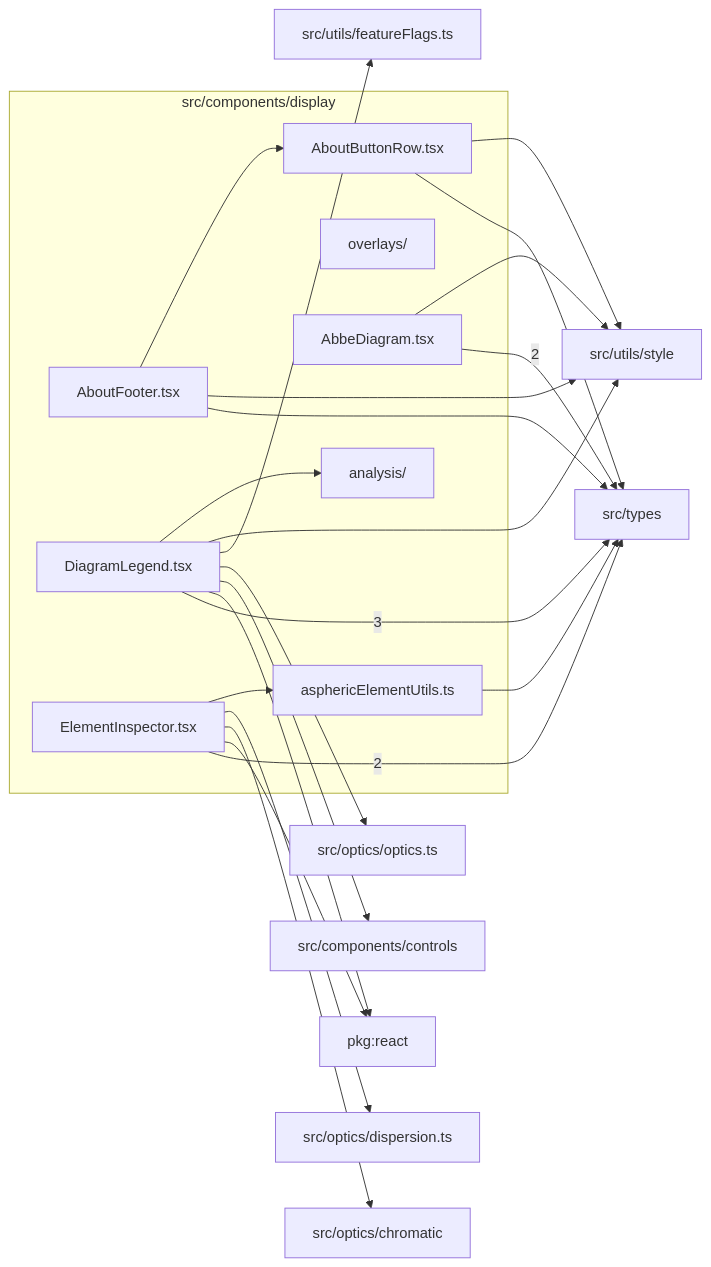
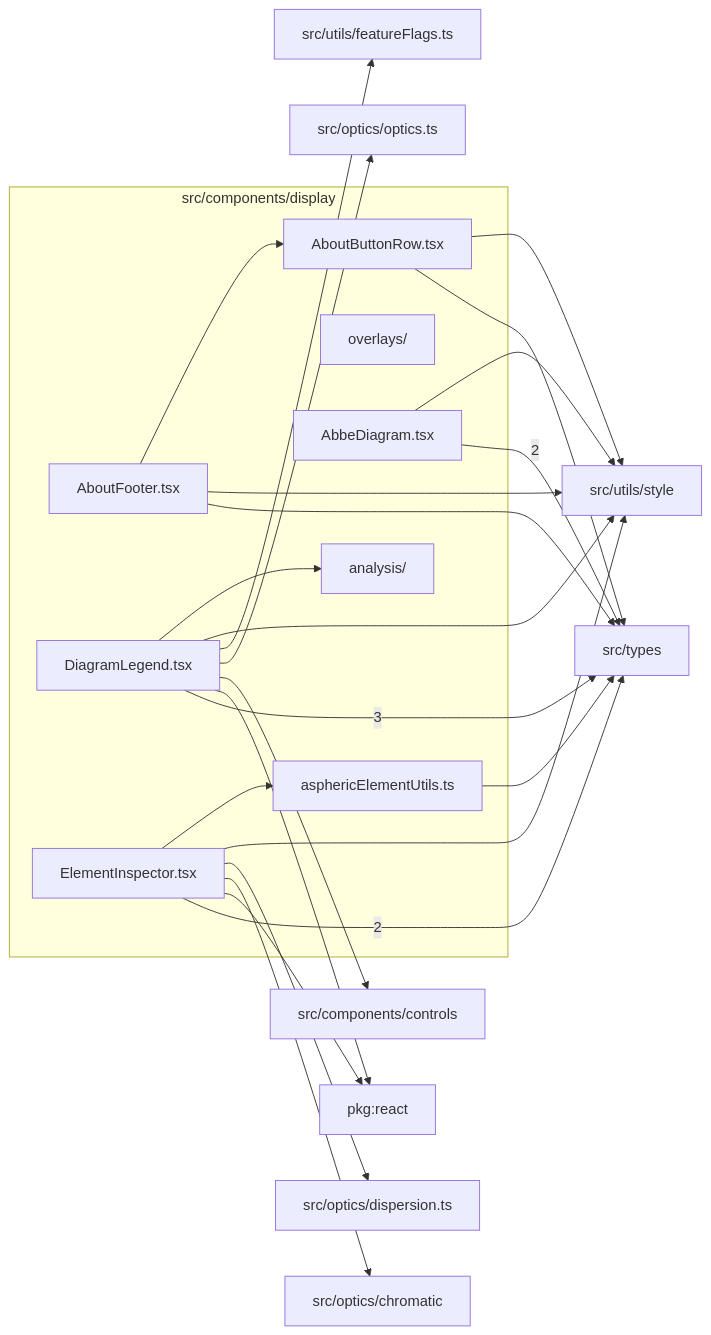
The diagram in src/components/display/readme.md (ronbuening/LensVisualizer), drawn with Mermaid before and after one commit. The commit also changed other lines of this file and 14 other files, not shown here.

````diff
--- a/src/components/display/readme.md
+++ b/src/components/display/readme.md
@@ -9,41 +9,42 @@
 ```mermaid
 flowchart LR
   subgraph n_src_components_display["src/components/display"]
     n_src_components_display_src_components_display_analysis["analysis/"]
     n_src_components_display_src_components_display_overlays["overlays/"]
     n_src_components_display_src_components_display_AbbeDiagram_tsx["AbbeDiagram.tsx"]
     n_src_components_display_src_components_display_AboutButtonRow_tsx["AboutButtonRow.tsx"]
     n_src_components_display_src_components_display_AboutFooter_tsx["AboutFooter.tsx"]
     n_src_components_display_src_components_display_asphericElementUtils_ts["asphericElementUtils.ts"]
     n_src_components_display_src_components_display_DiagramLegend_tsx["DiagramLegend.tsx"]
     n_src_components_display_src_components_display_ElementInspector_tsx["ElementInspector.tsx"]
   end
   n_external_src_types["src/types"]
   n_external_pkg_react["pkg:react"]
   n_external_src_components_controls["src/components/controls"]
   n_external_src_optics_chromatic["src/optics/chromatic"]
   n_external_src_optics_dispersion_ts["src/optics/dispersion.ts"]
   n_external_src_optics_optics_ts["src/optics/optics.ts"]
   n_external_src_utils_featureFlags_ts["src/utils/featureFlags.ts"]
   n_external_src_utils_style["src/utils/style"]
   n_src_components_display_src_components_display_DiagramLegend_tsx --> |3| n_external_src_types
   n_src_components_display_src_components_display_AbbeDiagram_tsx --> |2| n_external_src_types
   n_src_components_display_src_components_display_ElementInspector_tsx --> |2| n_external_src_types
   n_src_components_display_src_components_display_DiagramLegend_tsx --> n_external_pkg_react
   n_src_components_display_src_components_display_ElementInspector_tsx --> n_external_pkg_react
   n_src_components_display_src_components_display_DiagramLegend_tsx --> n_external_src_components_controls
   n_src_components_display_src_components_display_ElementInspector_tsx --> n_external_src_optics_chromatic
   n_src_components_display_src_components_display_ElementInspector_tsx --> n_external_src_optics_dispersion_ts
   n_src_components_display_src_components_display_DiagramLegend_tsx --> n_external_src_optics_optics_ts
   n_src_components_display_src_components_display_AboutButtonRow_tsx --> n_external_src_types
   n_src_components_display_src_components_display_AboutFooter_tsx --> n_external_src_types
   n_src_components_display_src_components_display_asphericElementUtils_ts --> n_external_src_types
   n_src_components_display_src_components_display_DiagramLegend_tsx --> n_external_src_utils_featureFlags_ts
   n_src_components_display_src_components_display_AbbeDiagram_tsx --> n_external_src_utils_style
   n_src_components_display_src_components_display_AboutButtonRow_tsx --> n_external_src_utils_style
   n_src_components_display_src_components_display_AboutFooter_tsx --> n_external_src_utils_style
   n_src_components_display_src_components_display_DiagramLegend_tsx --> n_external_src_utils_style
+  n_src_components_display_src_components_display_ElementInspector_tsx --> n_external_src_utils_style
   n_src_components_display_src_components_display_AboutFooter_tsx --> n_src_components_display_src_components_display_AboutButtonRow_tsx
   n_src_components_display_src_components_display_DiagramLegend_tsx --> n_src_components_display_src_components_display_analysis
   n_src_components_display_src_components_display_ElementInspector_tsx --> n_src_components_display_src_components_display_asphericElementUtils_ts
 ```
````
